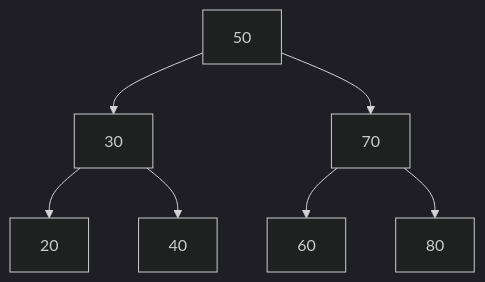
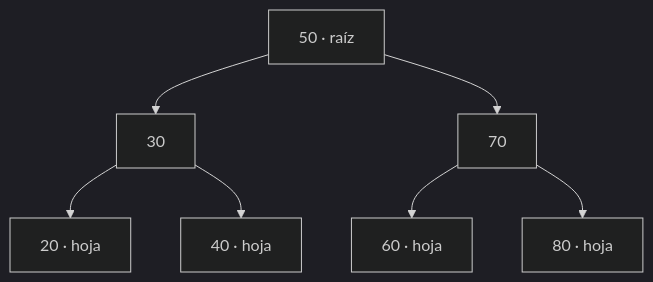
The fifth of 8 diagrams in web/public/content/foundations/modulo-2.md (NICORUIZ93/The_Imperial_Book), drawn with Mermaid (dark theme) before and after one commit. The commit also changed other lines of this file, not shown here.

````diff
--- a/web/public/content/foundations/modulo-2.md
+++ b/web/public/content/foundations/modulo-2.md
@@ -462,9 +1461,9 @@
 ```mermaid
 graph TD
-    A[50] --> B[30]
-    A --> C[70]
-    B --> D[20]
-    B --> E[40]
-    C --> F[60]
-    C --> G[80]
+    A["50 · raíz"] --> B["30"]
+    A --> C["70"]
+    B --> D["20 · hoja"]
+    B --> E["40 · hoja"]
+    C --> F["60 · hoja"]
+    C --> G["80 · hoja"]
 ```
````
